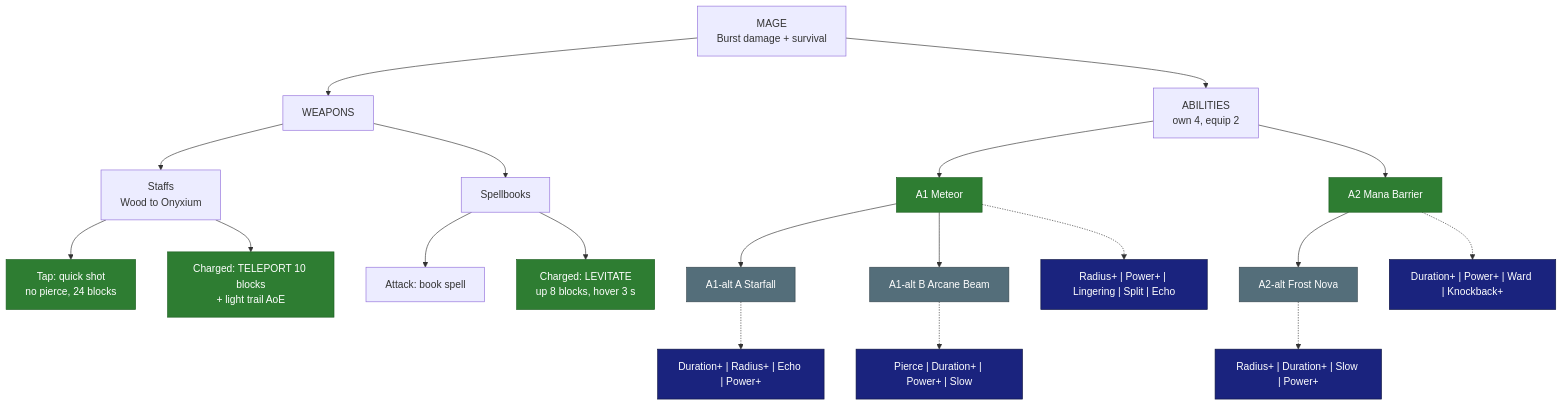
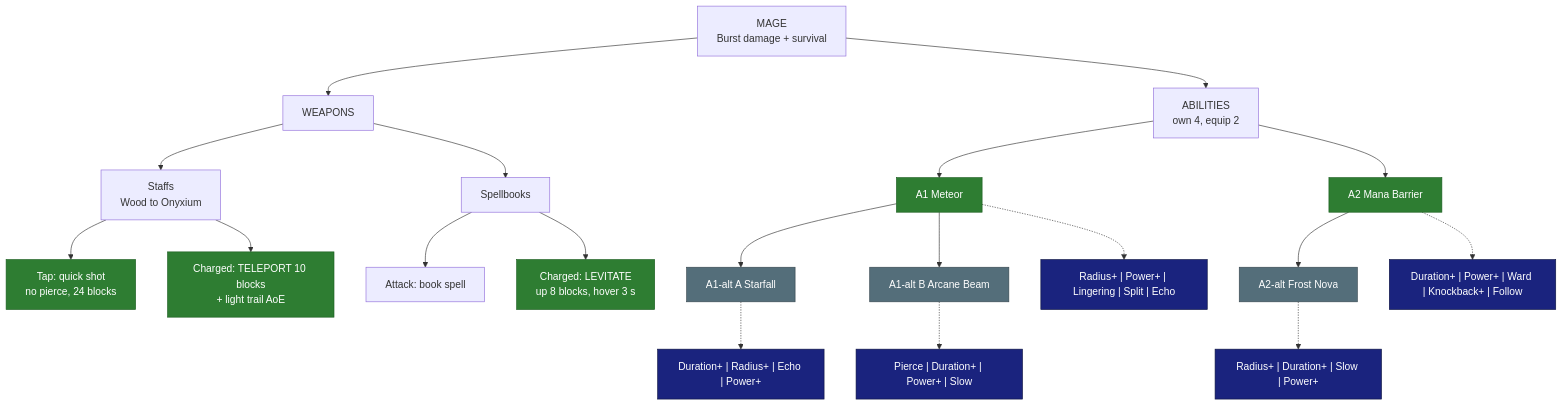
One commit to SkyyPlayz/SkyyWynnBlock changed the diagram in research/classes/Mage.md. Above: the diagram before and after it, drawn with Mermaid. The commit also changed other lines of this file and 3 other files, not shown here.

````diff
--- a/research/classes/Mage.md
+++ b/research/classes/Mage.md
@@ -22,28 +22,28 @@
 ```mermaid
 flowchart TD
   CLS["MAGE<br/>Burst damage + survival"]
   CLS --> WPN["WEAPONS"]
   CLS --> ABL["ABILITIES<br/>own 4, equip 2"]
   WPN --> ST["Staffs<br/>Wood to Onyxium"]
   ST --> STa["Tap: quick shot<br/>no pierce, 24 blocks"]
   ST --> STc["Charged: TELEPORT 10 blocks<br/>+ light trail AoE"]
   WPN --> BK["Spellbooks"]
   BK --> BKa["Attack: book spell"]
   BK --> BKc["Charged: LEVITATE<br/>up 8 blocks, hover 3 s"]
   ABL --> A1["A1 Meteor"]
   A1 --> A1A["A1-alt A Starfall"]
   A1 --> A1B["A1-alt B Arcane Beam"]
   ABL --> A2["A2 Mana Barrier"]
   A2 --> A2X["A2-alt Frost Nova"]
   A1 -.-> M1["Radius+ | Power+ | Lingering | Split | Echo"]
   A1A -.-> M2["Duration+ | Radius+ | Echo | Power+"]
   A1B -.-> M3["Pierce | Duration+ | Power+ | Slow"]
-  A2 -.-> M4["Duration+ | Power+ | Ward | Knockback+"]
+  A2 -.-> M4["Duration+ | Power+ | Ward | Knockback+ | Follow"]
   A2X -.-> M5["Radius+ | Duration+ | Slow | Power+"]
   classDef locked fill:#2e7d32,color:#fff,stroke:#1b5e20
   classDef proposed fill:#546e7a,color:#fff,stroke:#37474f
   classDef mods fill:#1a237e,color:#fff,stroke:#0d1442
   class A1,A2,STa,STc,BKc locked
   class A1A,A1B,A2X proposed
   class M1,M2,M3,M4,M5 mods
 ```
````
